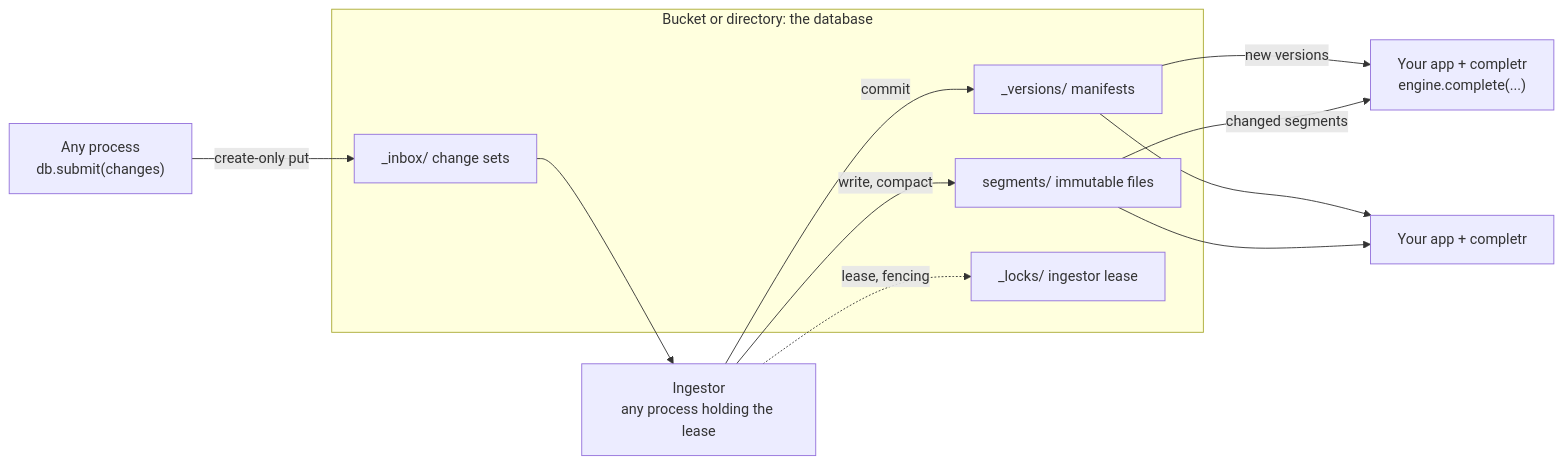
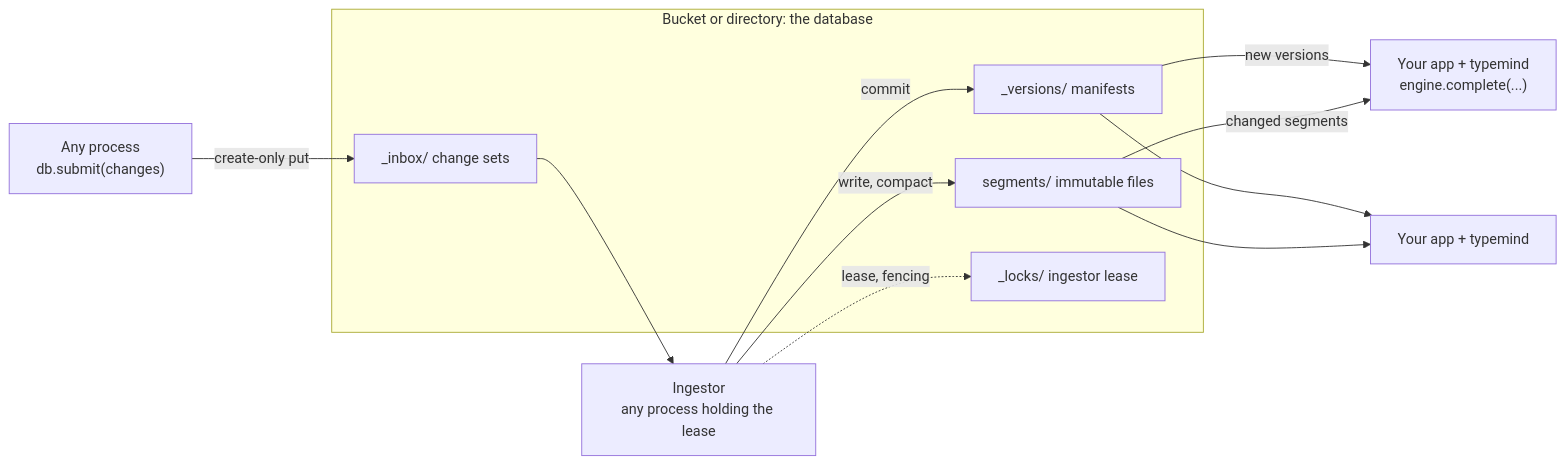
One commit to sayef/completype changed the diagram in docs/guides/writers.md. Above: the diagram before and after it, drawn with Mermaid. The commit also changed other lines of this file and 197 other files, not shown here.

````diff
--- a/docs/guides/writers.md
+++ b/docs/guides/writers.md
@@ -8,18 +8,18 @@
 ```mermaid
 flowchart LR
     P["Any process<br/>db.submit(changes)"] -- "create-only put" --> I
     subgraph B["Bucket or directory: the database"]
         I["_inbox/ change sets"]
         M["_versions/ manifests"]
         S["segments/ immutable files"]
         L["_locks/ ingestor lease"]
     end
     I --> W["Ingestor<br/>any process holding the lease"]
     W -- "commit" --> M
     W -- "write, compact" --> S
     W -. "lease, fencing" .-> L
-    M -- "new versions" --> F1["Your app + completr<br/>engine.complete(...)"]
+    M -- "new versions" --> F1["Your app + typemind<br/>engine.complete(...)"]
     S -- "changed segments" --> F1
-    M --> F2["Your app + completr"]
+    M --> F2["Your app + typemind"]
     S --> F2
 ```
````
